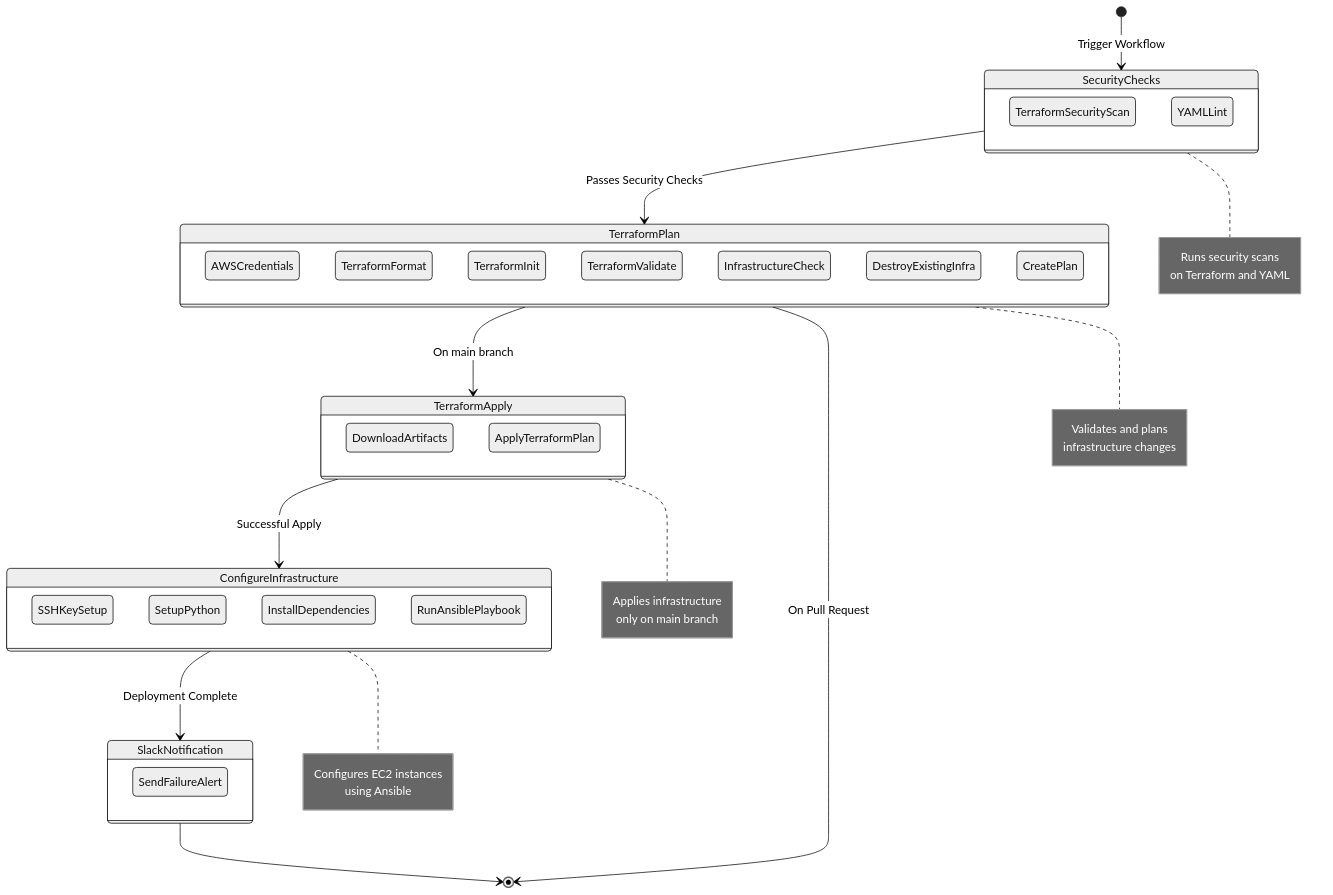
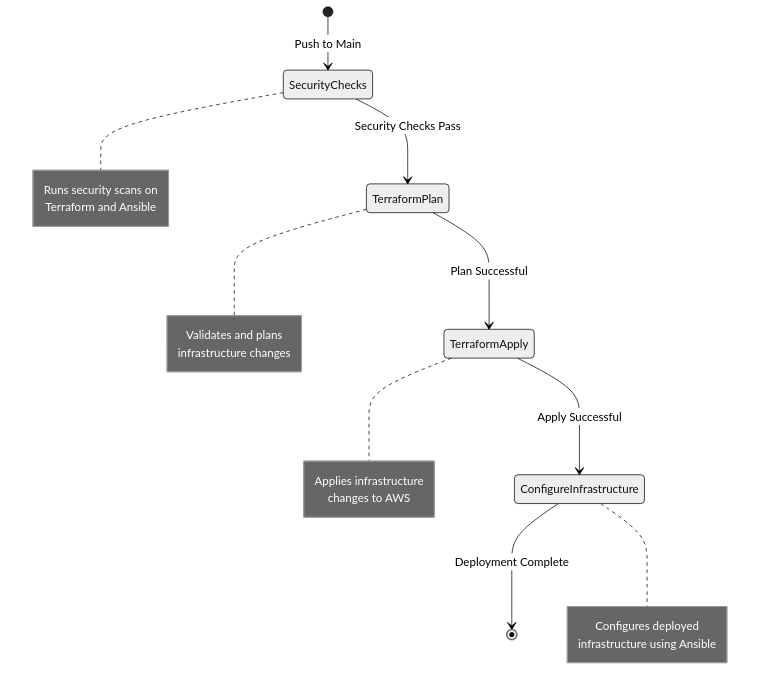
One commit to Raghavarora09/aws-infra-automation-monitoring changed the diagram in github-actions-workflow.mermaid. Above: the diagram before and after it, drawn with Mermaid (neutral theme). The commit also changed 1 other file, not shown here.

```diff
--- a/github-actions-workflow.mermaid
+++ b/github-actions-workflow.mermaid
@@ -1,59 +1,26 @@
 stateDiagram-v2
-    [*] --> SecurityChecks : Trigger Workflow
-    SecurityChecks --> TerraformPlan : Passes Security Checks
-    TerraformPlan --> TerraformApply : On main branch
-    TerraformPlan --> [*] : On Pull Request
-    TerraformApply --> ConfigureInfrastructure : Successful Apply
-    ConfigureInfrastructure --> SlackNotification : Deployment Complete
-    SlackNotification --> [*]
-
-    state SecurityChecks {
-        TerraformSecurityScan
-        YAMLLint
-    }
-
-    state TerraformPlan {
-        AWSCredentials
-        TerraformFormat
-        TerraformInit
-        TerraformValidate
-        InfrastructureCheck
-        DestroyExistingInfra
-        CreatePlan
-    }
-
-    state TerraformApply {
-        DownloadArtifacts
-        ApplyTerraformPlan
-    }
-
-    state ConfigureInfrastructure {
-        SSHKeySetup
-        SetupPython
-        InstallDependencies
-        RunAnsiblePlaybook
-    }
-
-    state SlackNotification {
-        SendFailureAlert
-    }
-
+    [*] --> SecurityChecks: Push to Main
+    SecurityChecks --> TerraformPlan: Security Checks Pass
+    TerraformPlan --> TerraformApply: Plan Successful
+    TerraformApply --> ConfigureInfrastructure: Apply Successful
+    ConfigureInfrastructure --> [*]: Deployment Complete
+    
     note right of SecurityChecks
-        Runs security scans
-        on Terraform and YAML
+        Runs security scans on
+        Terraform and Ansible
     end note
-
+    
     note right of TerraformPlan
         Validates and plans
         infrastructure changes
     end note
-
+    
     note right of TerraformApply
         Applies infrastructure
-        only on main branch
+        changes to AWS
     end note
-
+    
     note right of ConfigureInfrastructure
-        Configures EC2 instances
-        using Ansible
+        Configures deployed
+        infrastructure using Ansible
     end note
```
